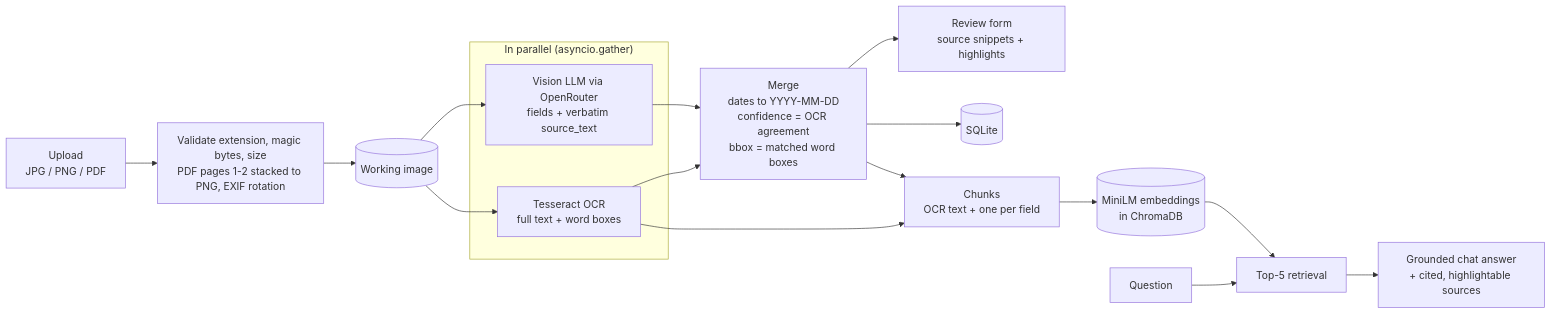
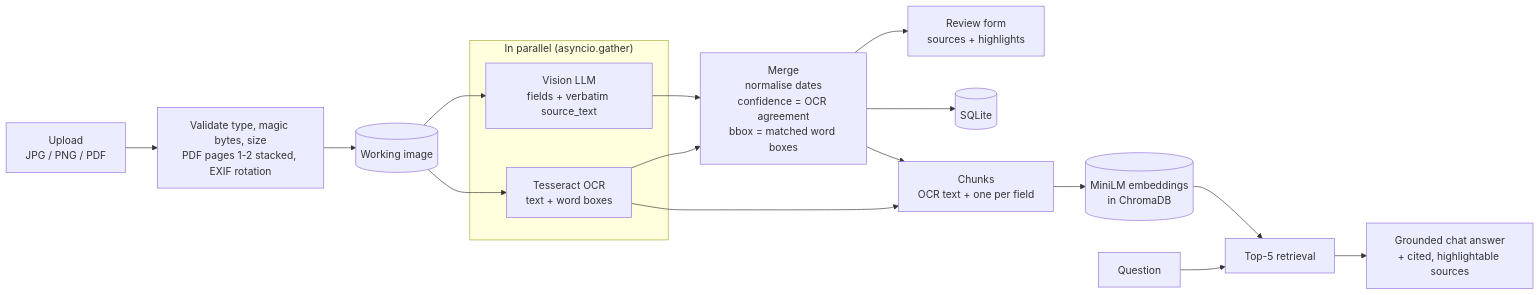
The first of 2 diagrams in README.md (DeeprajR/dl-reader), drawn with Mermaid before and after one commit. The commit also changed other lines of this file, not shown here.

````diff
--- a/README.md
+++ b/README.md
@@ -29,21 +27,21 @@
 ```mermaid
 flowchart LR
-    U["Upload<br/>JPG / PNG / PDF"] --> V["Validate extension, magic bytes, size<br/>PDF pages 1-2 stacked to PNG, EXIF rotation"]
+    U["Upload<br/>JPG / PNG / PDF"] --> V["Validate type, magic bytes, size<br/>PDF pages 1-2 stacked, EXIF rotation"]
     V --> W[("Working image")]
     subgraph P["In parallel (asyncio.gather)"]
-        OCR["Tesseract OCR<br/>full text + word boxes"]
-        VLM["Vision LLM via OpenRouter<br/>fields + verbatim source_text"]
+        OCR["Tesseract OCR<br/>text + word boxes"]
+        VLM["Vision LLM<br/>fields + verbatim source_text"]
     end
     W --> OCR
     W --> VLM
-    OCR --> M["Merge<br/>dates to YYYY-MM-DD<br/>confidence = OCR agreement<br/>bbox = matched word boxes"]
+    OCR --> M["Merge<br/>normalise dates<br/>confidence = OCR agreement<br/>bbox = matched word boxes"]
     VLM --> M
-    M --> F["Review form<br/>source snippets + highlights"]
+    M --> F["Review form<br/>sources + highlights"]
     M --> DB[("SQLite")]
     OCR --> CH["Chunks<br/>OCR text + one per field"]
     M --> CH
     CH --> E[("MiniLM embeddings<br/>in ChromaDB")]
     Q["Question"] --> R["Top-5 retrieval"]
     E --> R
     R --> G["Grounded chat answer<br/>+ cited, highlightable sources"]
 ```
````
